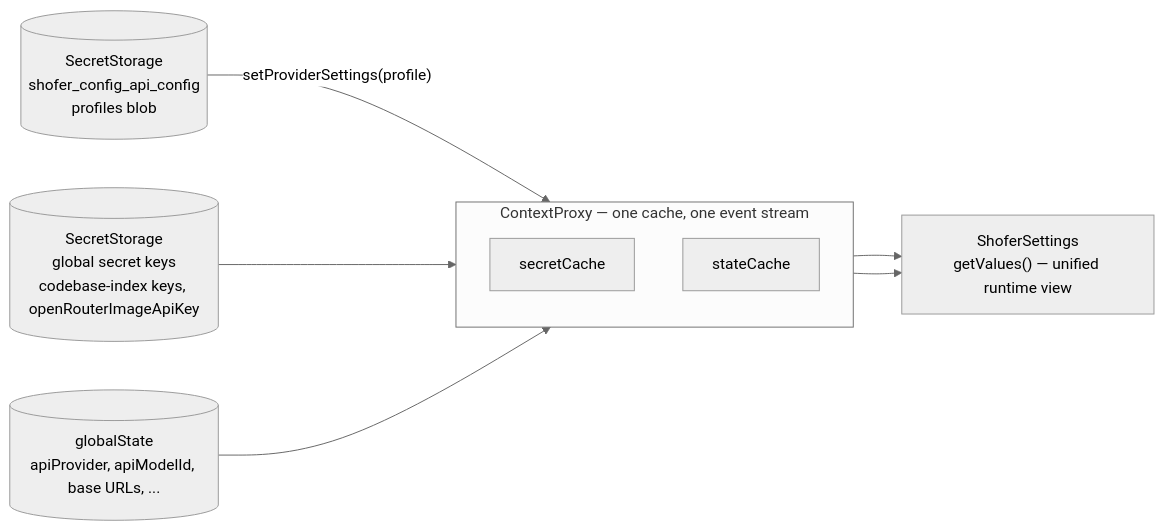
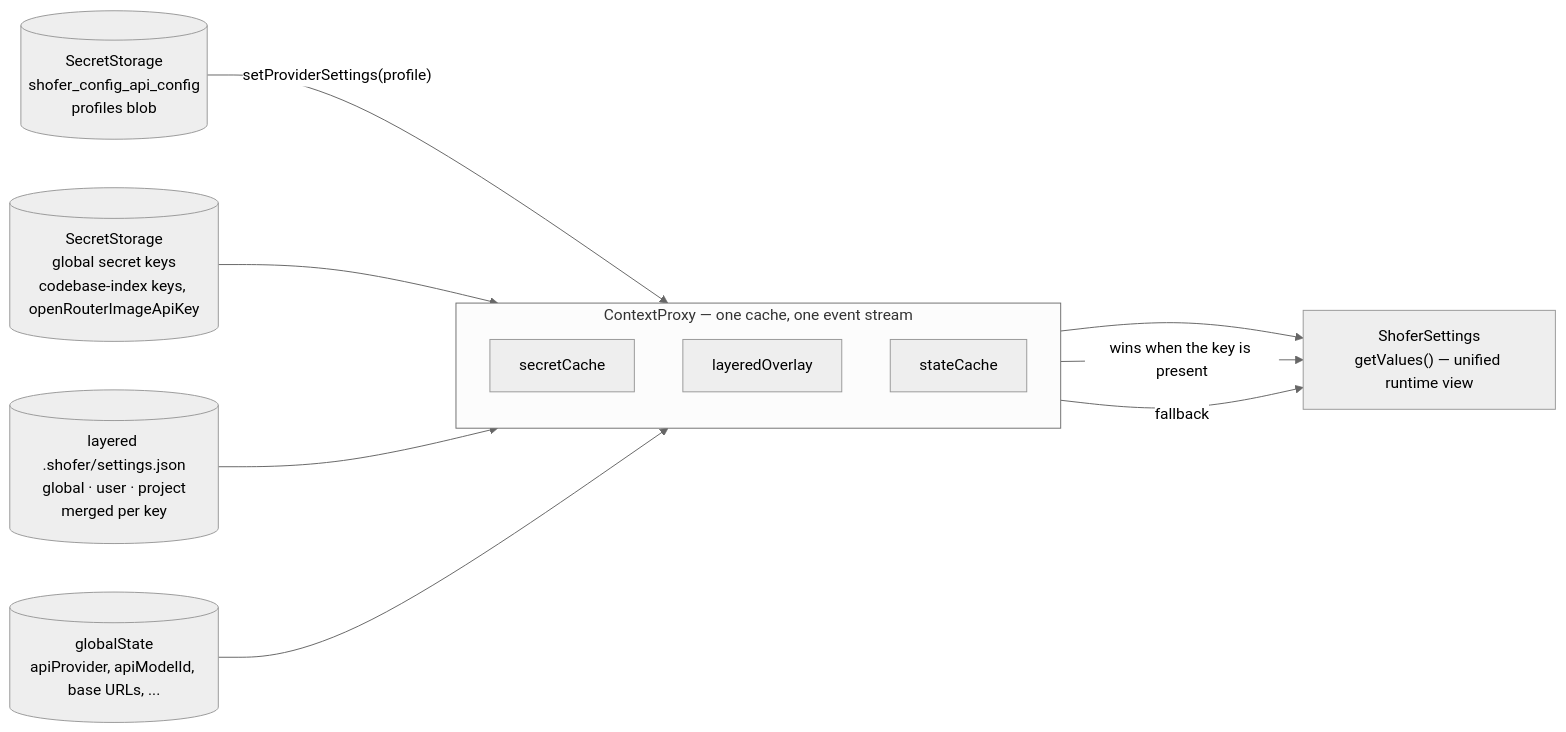
Before and after one commit to shofer-dev/shofer: the first of 5 diagrams in docs/settings_overlay.md, drawn with Mermaid (neutral theme). The commit also changed other lines of this file and 1 other file, not shown here.

````diff
--- a/docs/settings_overlay.md
+++ b/docs/settings_overlay.md
@@ -122,20 +128,24 @@
 ```mermaid
 flowchart LR
     BLOB[("SecretStorage<br/>shofer_config_api_config<br/>profiles blob")]
     SEC[("SecretStorage<br/>global secret keys<br/>codebase-index keys, openRouterImageApiKey")]
+    LAY[("layered .shofer/settings.json<br/>global · user · project<br/>merged per key")]
     GS[("globalState<br/>apiProvider, apiModelId, base URLs, ...")]
 
     subgraph CP["ContextProxy — one cache, one event stream"]
         direction TB
         SC["secretCache"]
+        OV["layeredOverlay"]
         ST["stateCache"]
     end
 
     OUT["ShoferSettings<br/>getValues() — unified runtime view"]
 
     BLOB -->|"setProviderSettings(profile)"| SC
     SEC --> SC
+    LAY --> OV
     GS --> ST
     SC --> OUT
-    ST --> OUT
+    OV -->|"wins when the key is present"| OUT
+    ST -->|"fallback"| OUT
 ```
````
